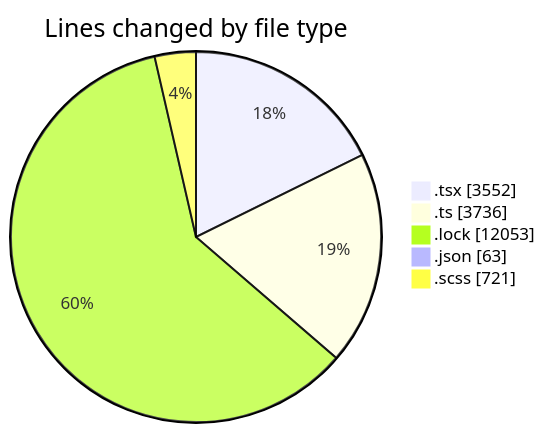
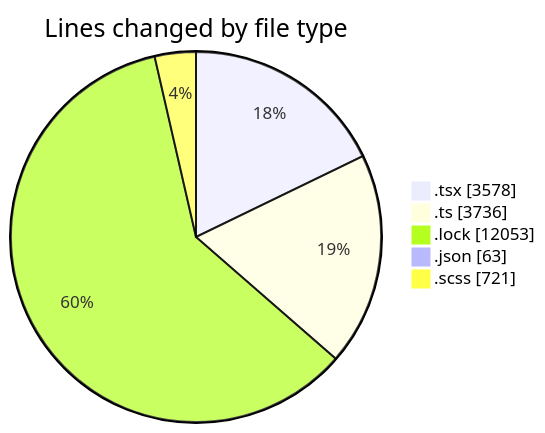
One commit to momahboobian/code-tracking changed the first of 2 diagrams in 2025-12-03/cda/README.md. Above: the diagram before and after it, drawn with Mermaid. The commit also changed other lines of this file and 1 other file, not shown here.

````diff
--- a/2025-12-03/cda/README.md
+++ b/2025-12-03/cda/README.md
@@ -32,9 +32,9 @@
 ```mermaid
 pie showData
 title Lines changed by file type
-".tsx" : 3552
+".tsx" : 3578
 ".ts" : 3736
 ".lock" : 12053
 ".json" : 63
 ".scss" : 721
 ```
````
